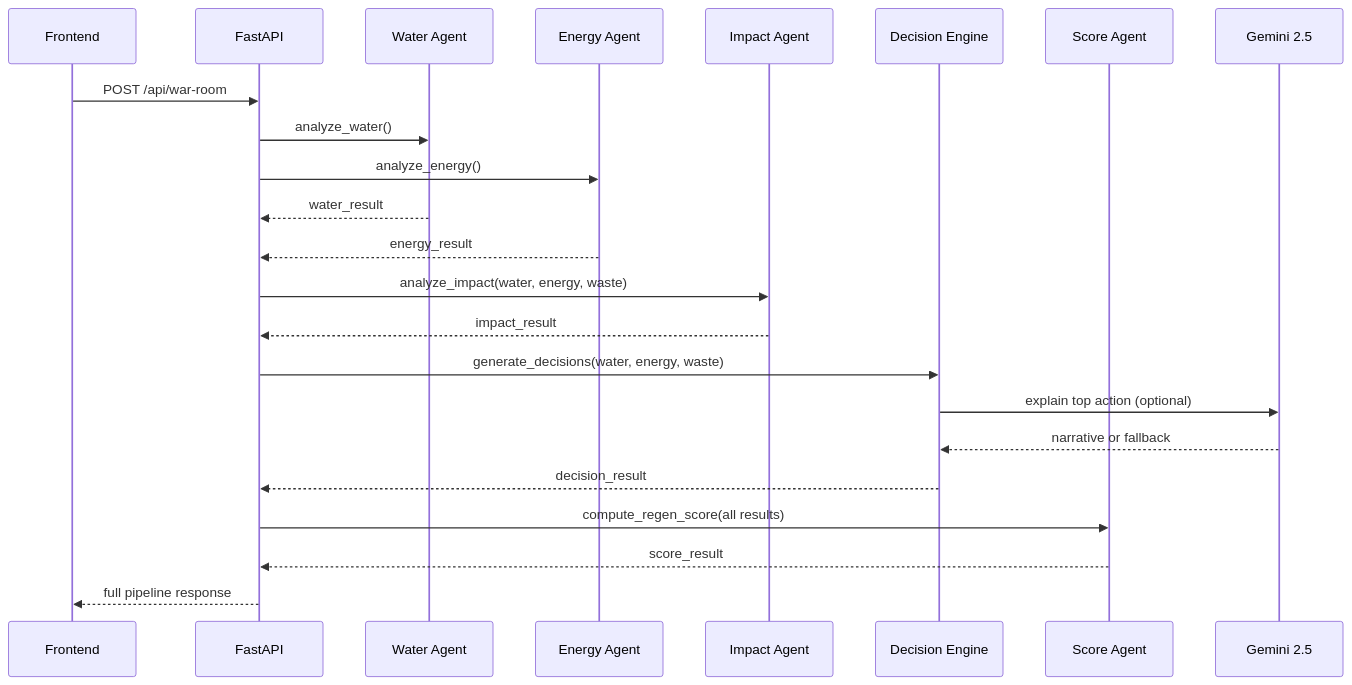
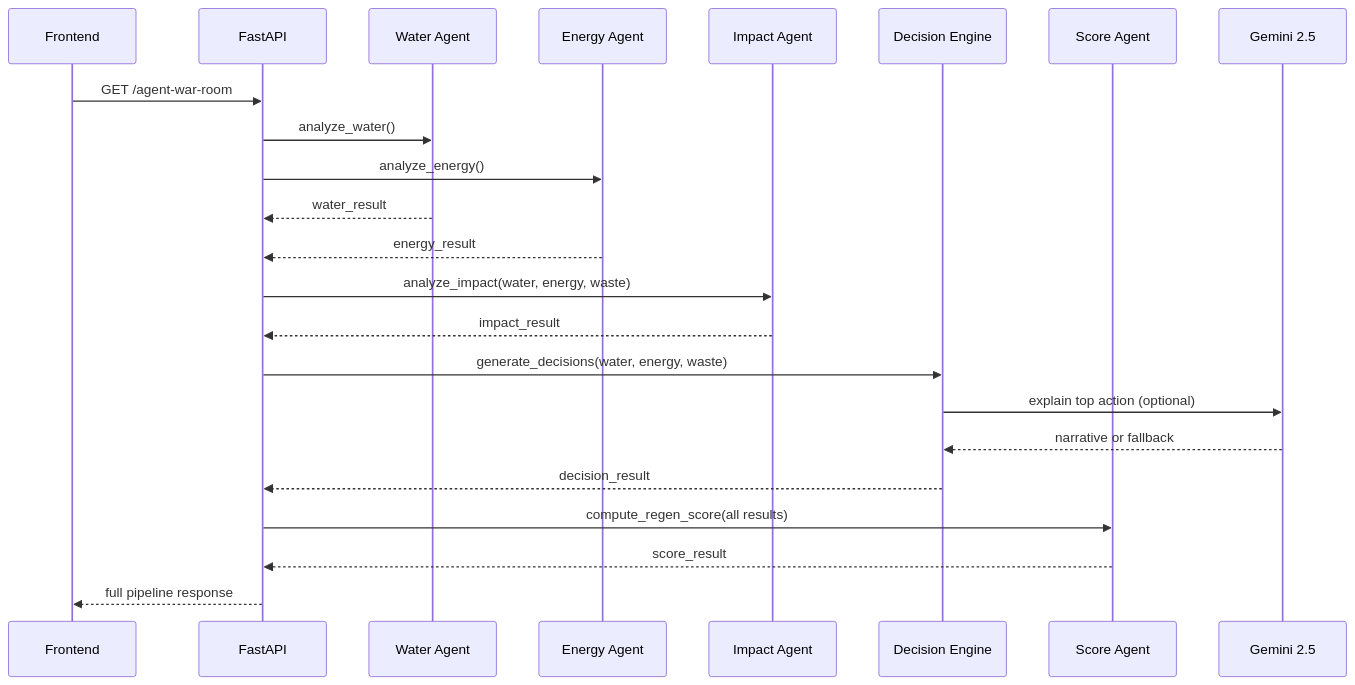
Before and after one commit to DivyaShreeS09/RE-GEN-AI: the second of 2 diagrams in README.md, drawn with Mermaid. The commit also changed other lines of this file and 6 other files, not shown here.

````diff
--- a/README.md
+++ b/README.md
@@ -167,26 +167,26 @@
 ```mermaid
 sequenceDiagram
     participant FE as Frontend
     participant API as FastAPI
     participant WA as Water Agent
     participant EA as Energy Agent
     participant IA as Impact Agent
     participant DA as Decision Engine
     participant SA as Score Agent
     participant GEM as Gemini 2.5
 
-    FE->>API: POST /api/war-room
+    FE->>API: GET /agent-war-room
     API->>WA: analyze_water()
     API->>EA: analyze_energy()
     WA-->>API: water_result
     EA-->>API: energy_result
     API->>IA: analyze_impact(water, energy, waste)
     IA-->>API: impact_result
     API->>DA: generate_decisions(water, energy, waste)
     DA->>GEM: explain top action (optional)
     GEM-->>DA: narrative or fallback
     DA-->>API: decision_result
     API->>SA: compute_regen_score(all results)
     SA-->>API: score_result
     API-->>FE: full pipeline response
 ```
````
